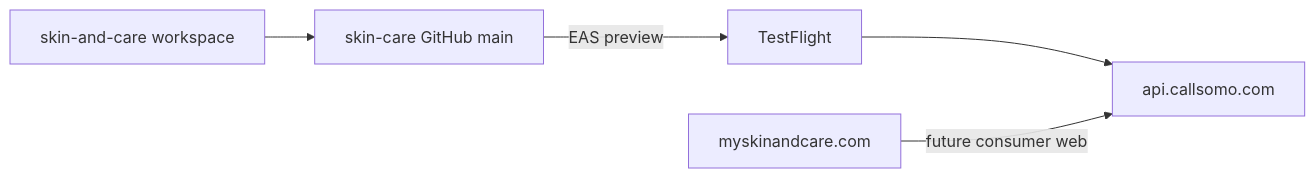
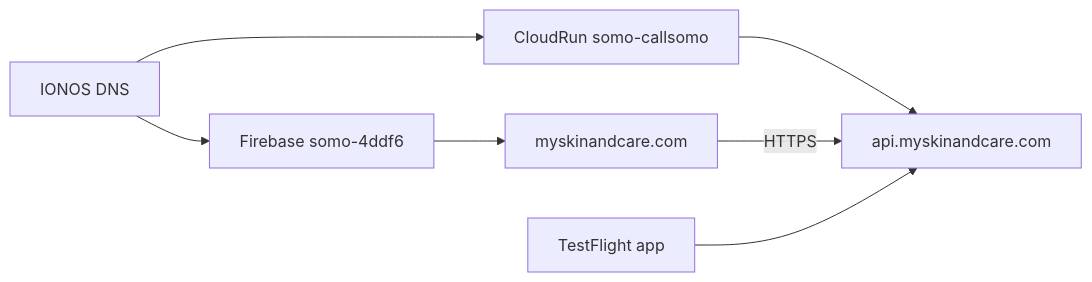
One commit to thetradingdoc/skin-care changed the diagram in docs/Brand/SKIN_AND_CARE_REPO.md. Above: the diagram before and after it, drawn with Mermaid. The commit also changed other lines of this file and 99 other files, not shown here.

First line of the commit message:
Align consumer docs and hosting for myskinandcare.com Option B.

````diff
--- a/docs/Brand/SKIN_AND_CARE_REPO.md
+++ b/docs/Brand/SKIN_AND_CARE_REPO.md
@@ -18,13 +23,16 @@
 ```mermaid
 flowchart LR
-  skinWs[skin-and-care workspace]
-  skinRepo[skin-care GitHub main]
-  api[api.callsomo.com]
+  ionos[IONOS DNS]
+  fb[Firebase somo-4ddf6]
+  cr[CloudRun somo-callsomo]
   web[myskinandcare.com]
-  testflight[TestFlight]
+  api[api.myskinandcare.com]
+  app[TestFlight app]
 
-  skinWs --> skinRepo
-  skinRepo -->|EAS preview| testflight
-  testflight --> api
-  web -->|future consumer web| api
+  ionos --> fb
+  ionos --> cr
+  fb --> web
+  cr --> api
+  web -->|HTTPS| api
+  app --> api
 ```
````
